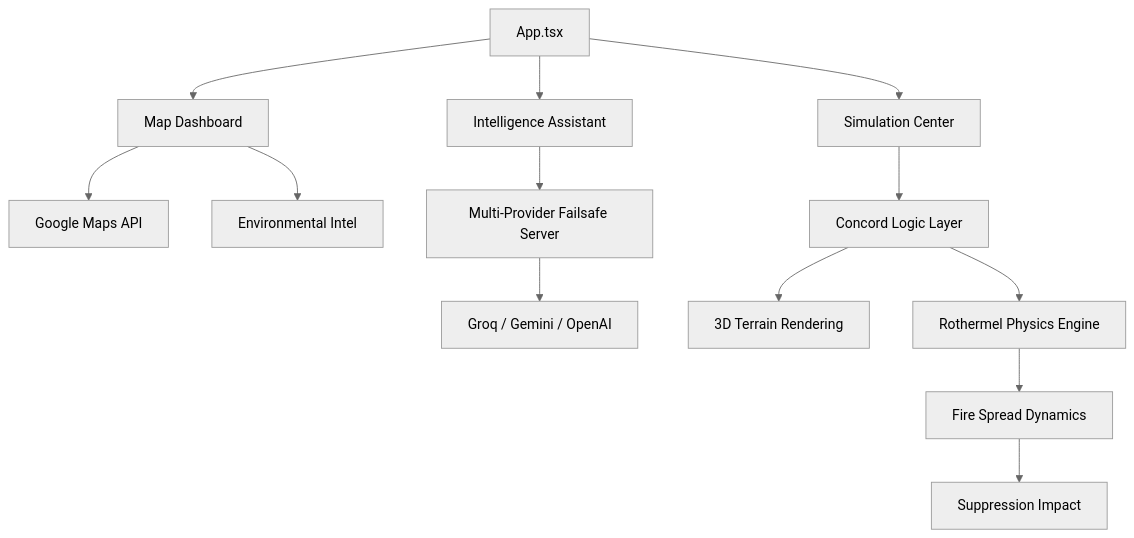
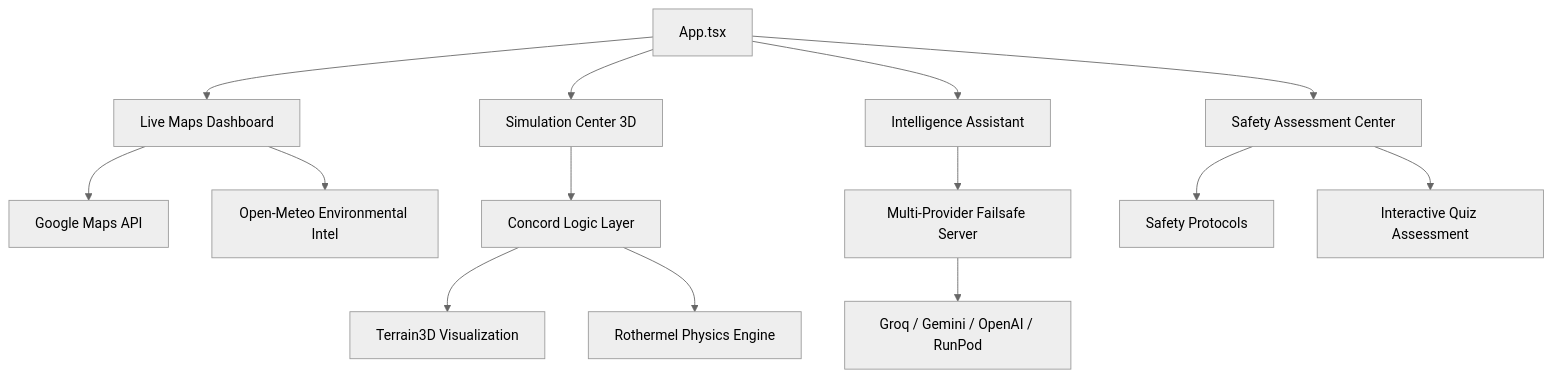
The diagram in ARCHITECTURE.md (Ashindustry007/SAFE), drawn with Mermaid (neutral theme) before and after one commit. The commit also changed other lines of this file and 10 other files, not shown here.

````diff
--- a/ARCHITECTURE.md
+++ b/ARCHITECTURE.md
@@ -9,19 +9,20 @@
 ```mermaid
 graph TD
-    A[App.tsx] --> B[Map Dashboard]
-    A --> C[Simulation Center]
+    A[App.tsx] --> B[Live Maps Dashboard]
+    A --> C[Simulation Center 3D]
+    A --> D[Safety Assessment Center]
     A --> L[Intelligence Assistant]
     
-    B --> D[Google Maps API]
-    B --> E[Environmental Intel]
+    B --> E[Google Maps API]
+    B --> F[Open-Meteo Environmental Intel]
     
     L --> M[Multi-Provider Failsafe Server]
-    M --> N[Groq / Gemini / OpenAI]
+    M --> N[Groq / Gemini / OpenAI / RunPod]
     
     C --> G[Concord Logic Layer]
-    G --> H[3D Terrain Rendering]
+    G --> H[Terrain3D Visualization]
     G --> I[Rothermel Physics Engine]
     
-    I --> J[Fire Spread Dynamics]
-    J --> K[Suppression Impact]
+    D --> Q[Safety Protocols]
+    D --> R[Interactive Quiz Assessment]
 ```
````
